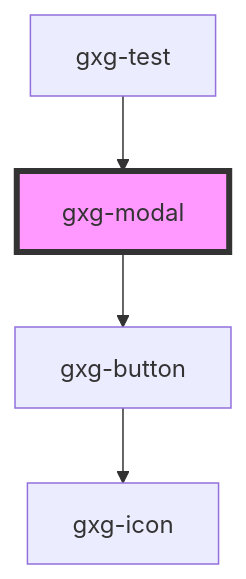
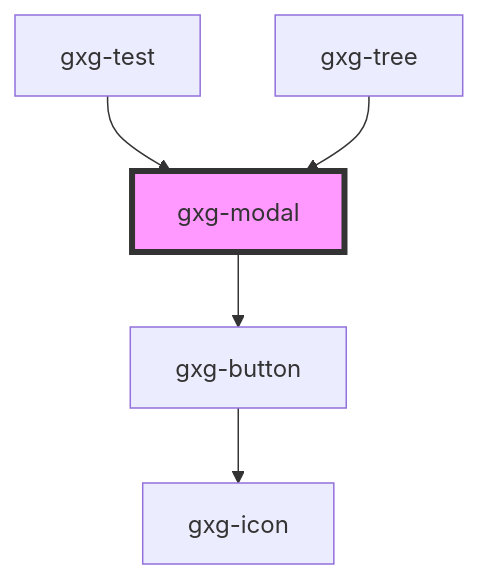
The diagram in src/components/modal/readme.md (genexuslabs/gemini), drawn with Mermaid before and after one commit. The commit also changed other lines of this file and 8 other files, not shown here.

````diff
--- a/src/components/modal/readme.md
+++ b/src/components/modal/readme.md
@@ -33,7 +34,8 @@
 ```mermaid
 graph TD;
   gxg-modal --> gxg-button
   gxg-button --> gxg-icon
   gxg-test --> gxg-modal
+  gxg-tree --> gxg-modal
   style gxg-modal fill:#f9f,stroke:#333,stroke-width:4px
 ```
````
